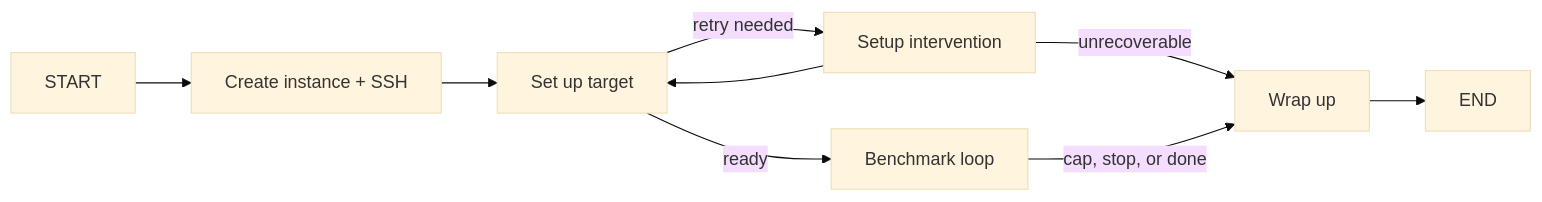
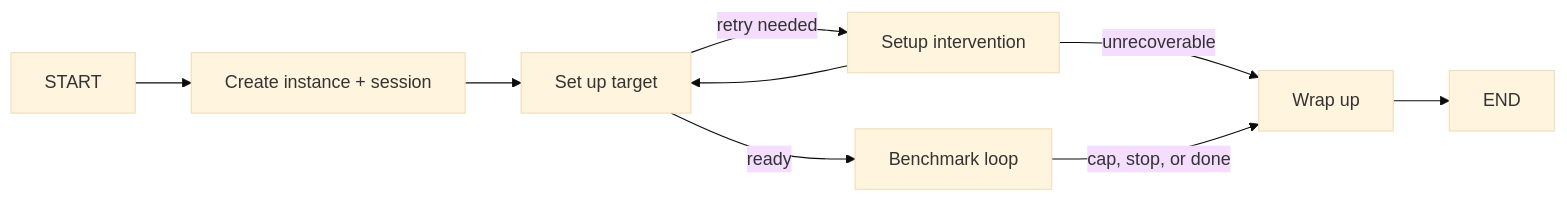
One commit to coder-2011/perferox changed the third of 5 diagrams in structures.md. Above: the diagram before and after it, drawn with Mermaid (base theme). The commit also changed other lines of this file and 3 other files, not shown here.

````diff
--- a/structures.md
+++ b/structures.md
@@ -83,10 +83,10 @@
 ```mermaid
 flowchart LR
-  start["START"] --> create["Create instance + SSH"] --> setup["Set up target"]
+  start["START"] --> create["Create instance + session"] --> setup["Set up target"]
   setup -->|"ready"| bench["Benchmark loop"]
   setup -->|"retry needed"| intervention["Setup intervention"]
   intervention --> setup
   intervention -->|"unrecoverable"| wrap["Wrap up"]
   bench -->|"cap, stop, or done"| wrap
   wrap --> finish["END"]
 ```
````
